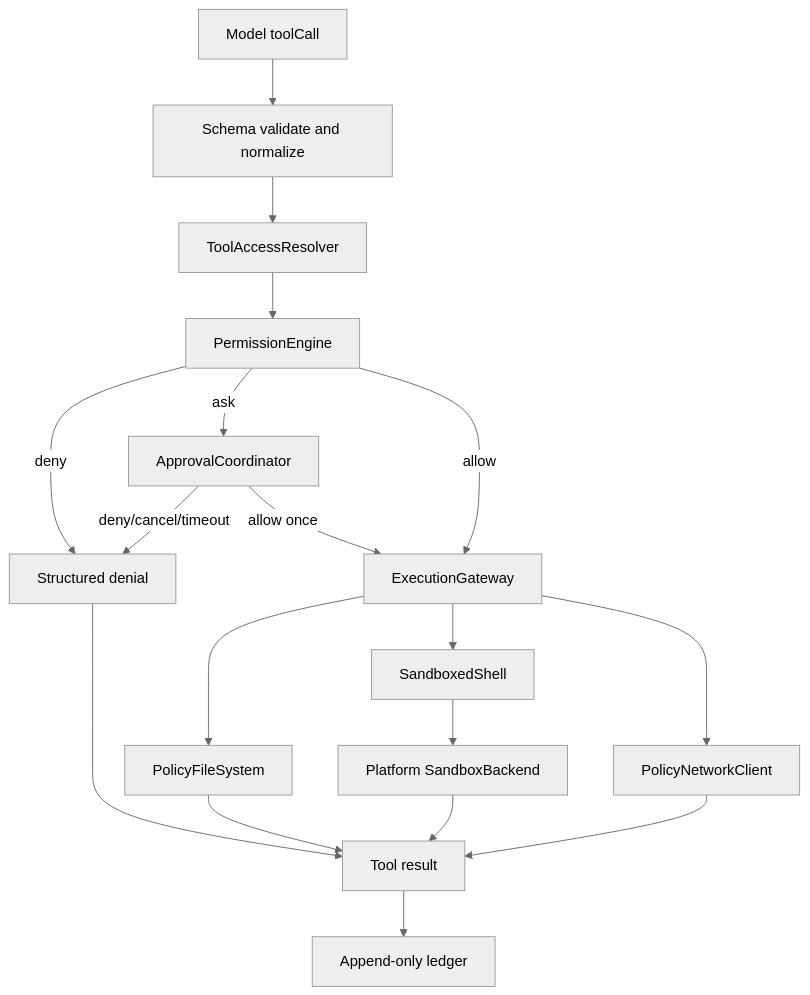
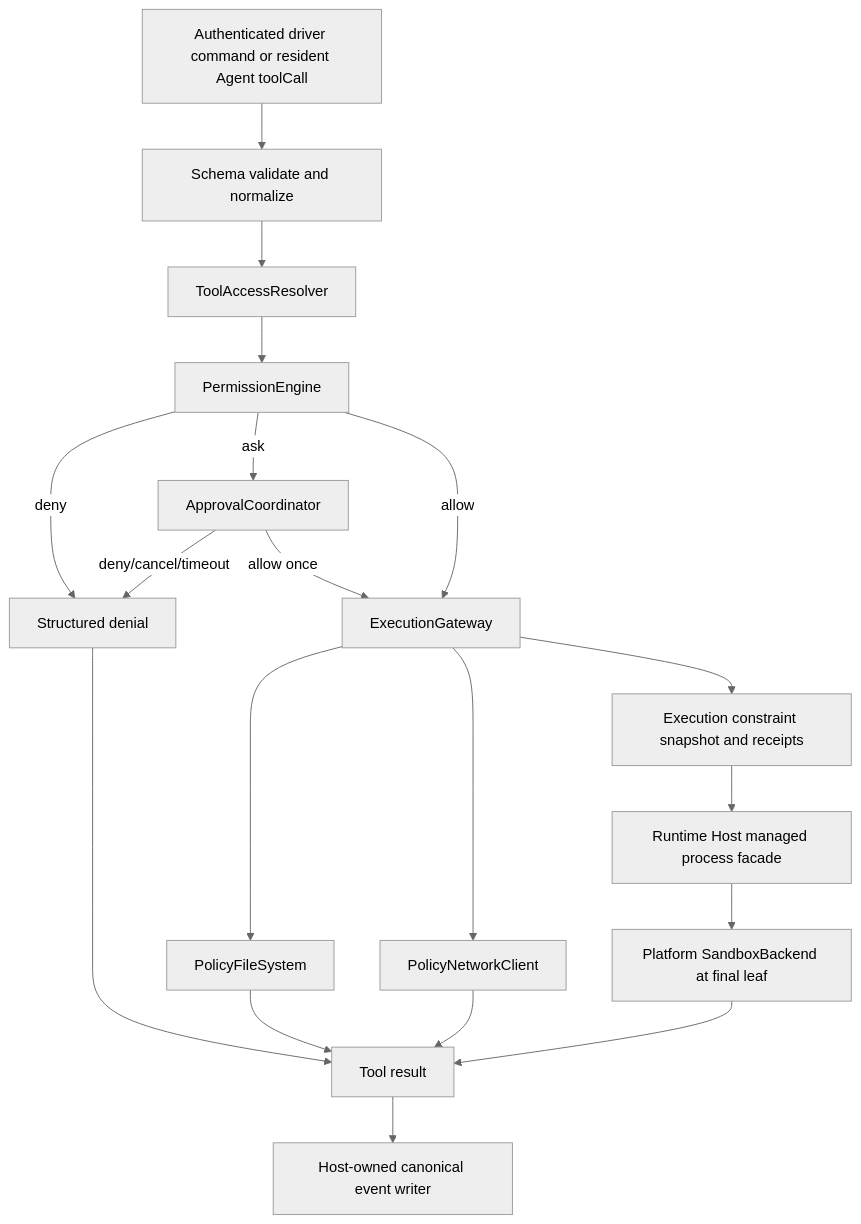
One commit to Crsei/RunLedger changed the diagram in development-doc/worktree-sandbox-permisson/00-worktree-sandbox-permission-plan.md. Above: the diagram before and after it, drawn with Mermaid (neutral theme). The commit also changed other lines of this file and 3 other files, not shown here.

```diff
--- a/development-doc/worktree-sandbox-permisson/00-worktree-sandbox-permission-plan.md
+++ b/development-doc/worktree-sandbox-permisson/00-worktree-sandbox-permission-plan.md
@@ -136,20 +166,21 @@
 ~~~mermaid
 flowchart TD
-    M[Model toolCall] --> V[Schema validate and normalize]
+    C[Authenticated driver command or resident Agent toolCall] --> V[Schema validate and normalize]
     V --> A[ToolAccessResolver]
     A --> P[PermissionEngine]
     P -->|deny| D[Structured denial]
     P -->|ask| Q[ApprovalCoordinator]
     Q -->|deny/cancel/timeout| D
     Q -->|allow once| G[ExecutionGateway]
     P -->|allow| G
     G --> F[PolicyFileSystem]
-    G --> S[SandboxedShell]
     G --> N[PolicyNetworkClient]
-    S --> B[Platform SandboxBackend]
+    G --> X[Execution constraint snapshot and receipts]
+    X --> H[Runtime Host managed process facade]
+    H --> B[Platform SandboxBackend at final leaf]
     F --> R[Tool result]
     B --> R
     N --> R
     D --> R
-    R --> L[Append-only ledger]
+    R --> L[Host-owned canonical event writer]
 ~~~
```
